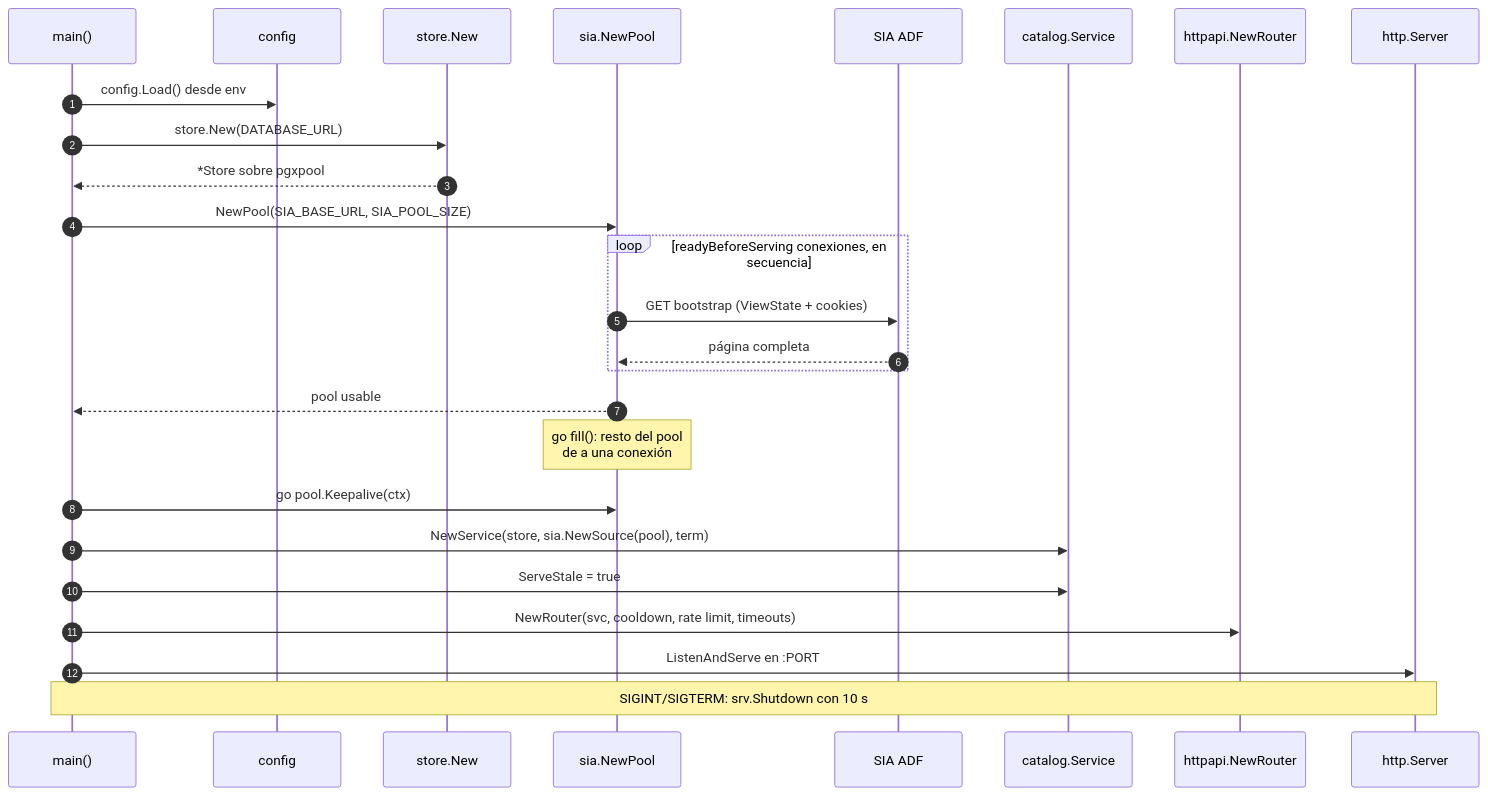
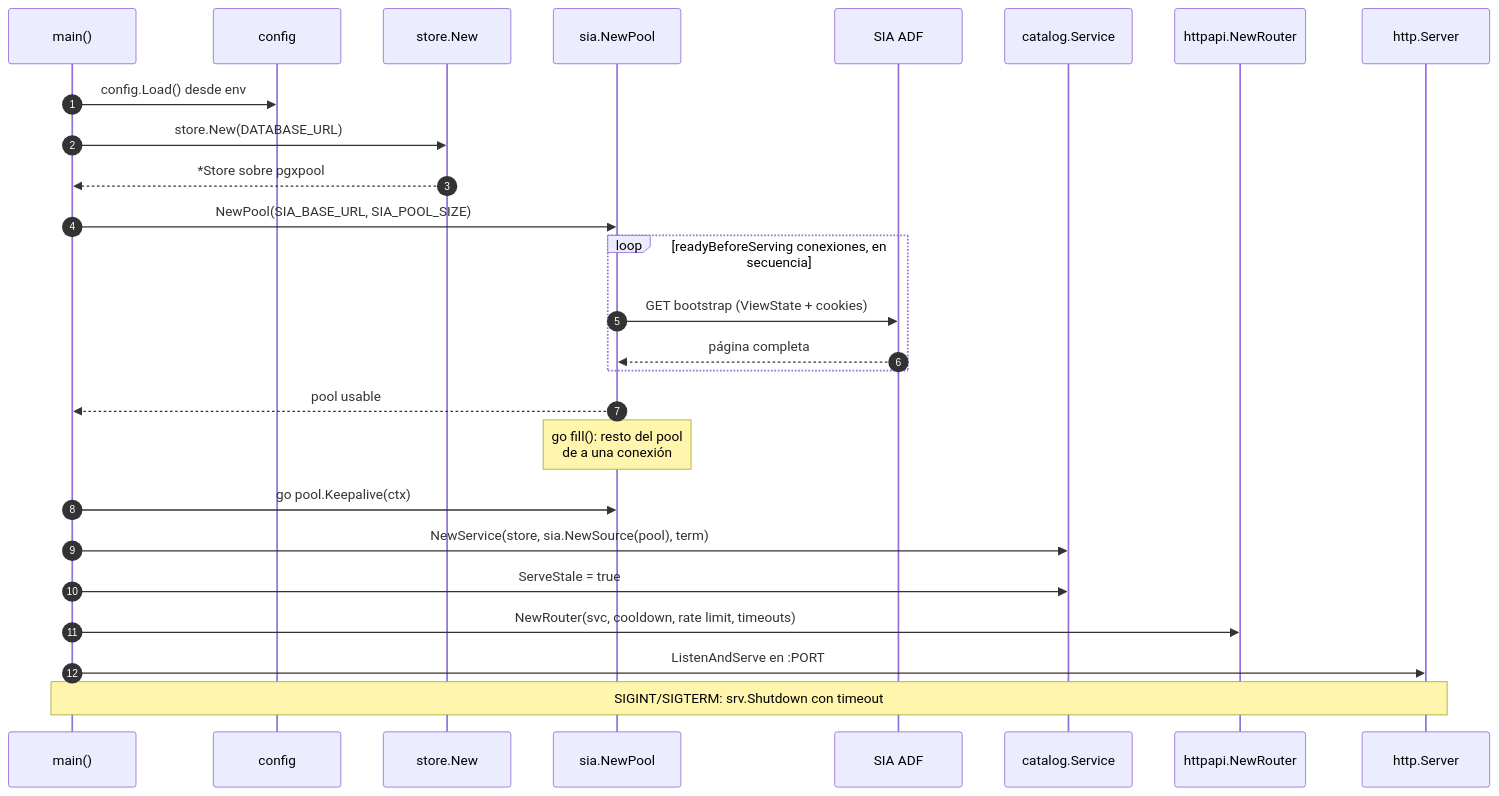
Before and after one commit to gabotachak/sia-unal-bridge: the fifth of 20 diagrams in docs/diagram.md, drawn with Mermaid. The commit also changed other lines of this file and 19 other files, not shown here.

````diff
--- a/docs/diagram.md
+++ b/docs/diagram.md
@@ -198,29 +197,29 @@
 ```mermaid
 sequenceDiagram
     autonumber
     participant M as main()
     participant C as config
     participant S as store.New
     participant P as sia.NewPool
     participant SIA as SIA ADF
     participant SV as catalog.Service
     participant R as httpapi.NewRouter
     participant H as http.Server
 
     M->>C: config.Load() desde env
     M->>S: store.New(DATABASE_URL)
     S-->>M: *Store sobre pgxpool
     M->>P: NewPool(SIA_BASE_URL, SIA_POOL_SIZE)
     loop readyBeforeServing conexiones, en secuencia
         P->>SIA: GET bootstrap (ViewState + cookies)
         SIA-->>P: página completa
     end
     P-->>M: pool usable
     Note over P: go fill(): resto del pool<br/>de a una conexión
     M->>P: go pool.Keepalive(ctx)
     M->>SV: NewService(store, sia.NewSource(pool), term)
     M->>SV: ServeStale = true
     M->>R: NewRouter(svc, cooldown, rate limit, timeouts)
     M->>H: ListenAndServe en :PORT
-    Note over M,H: SIGINT/SIGTERM: srv.Shutdown con 10 s
+    Note over M,H: SIGINT/SIGTERM: srv.Shutdown con timeout
 ```
````
